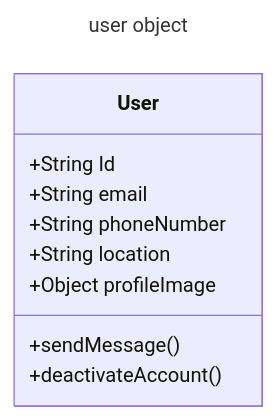
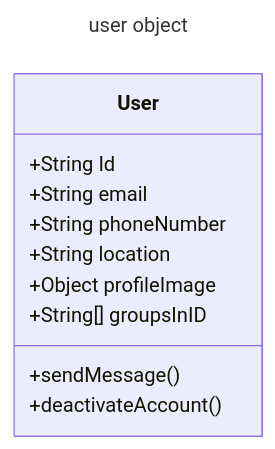
Before and after one commit to brk-a/system-design: the second of 4 diagrams in 0x02-whatsapp/0-whatsapp.md, drawn with Mermaid. The commit also changed other lines of this file, not shown here.

````diff
--- a/0x02-whatsapp/0-whatsapp.md
+++ b/0x02-whatsapp/0-whatsapp.md
@@ -43,13 +43,14 @@
     ```mermaid
     ---
     title: user object
     ---
     classDiagram
     User : +String Id
     User : +String email
     User : +String phoneNumber
     User : +String location
     User : +Object profileImage
+    User : +String[] groupsInID
     User : +sendMessage()
     User : +deactivateAccount()
     ```
````
